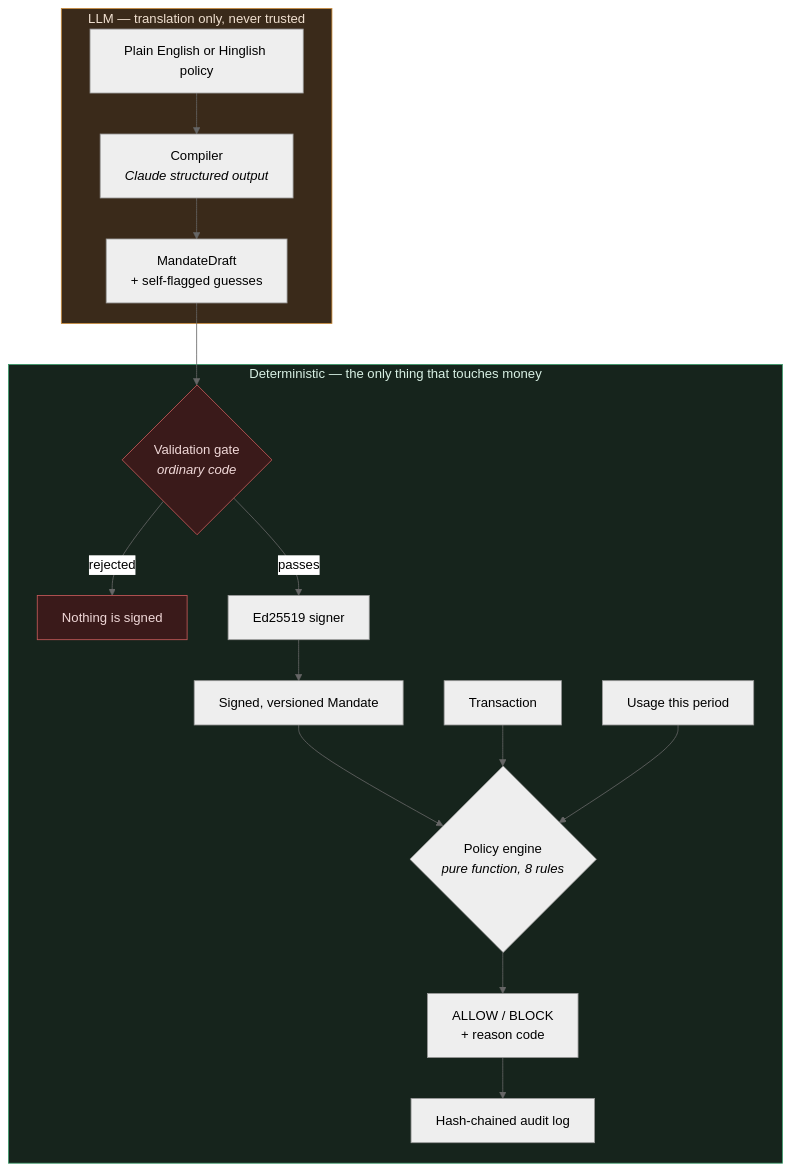
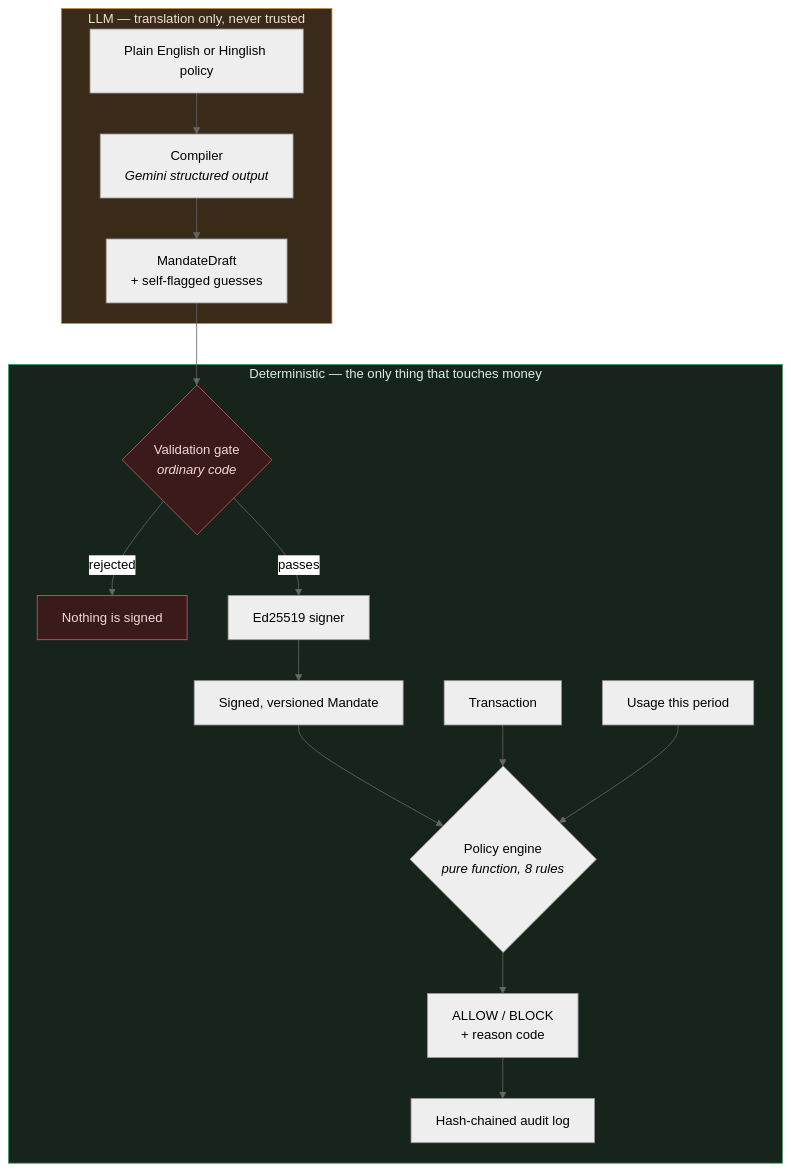
Before and after one commit to AneeshPK7/Mandate-Compiler-Razorpay-AI-Buildathon-2026: the first of 2 diagrams in README.md, drawn with Mermaid (neutral theme). The commit also changed other lines of this file and 8 other files, not shown here.

First line of the commit message:
Switch the compiler from Anthropic to Gemini's free tier

````diff
--- a/README.md
+++ b/README.md
@@ -44,25 +44,25 @@
 ```mermaid
 flowchart TB
     subgraph LLM ["LLM — translation only, never trusted"]
-        A["Plain English or Hinglish policy"] --> B["Compiler<br/><i>Claude structured output</i>"]
+        A["Plain English or Hinglish policy"] --> B["Compiler<br/><i>Gemini structured output</i>"]
         B --> C["MandateDraft<br/>+ self-flagged guesses"]
     end
 
     C --> D{"Validation gate<br/><i>ordinary code</i>"}
 
     subgraph DET ["Deterministic — the only thing that touches money"]
         D -->|rejected| E["Nothing is signed"]
         D -->|passes| F["Ed25519 signer"]
         F --> G["Signed, versioned Mandate"]
         G --> H{"Policy engine<br/><i>pure function, 8 rules</i>"}
         I["Transaction"] --> H
         J["Usage this period"] --> H
         H --> K["ALLOW / BLOCK<br/>+ reason code"]
         K --> L["Hash-chained audit log"]
     end
 
     style LLM fill:#3a2a1a,stroke:#c88a3a,color:#f0e0d0
     style DET fill:#16241c,stroke:#3a9a6a,color:#d8f0e4
     style D fill:#3a1a1a,stroke:#c85a5a,color:#f0d8d8
     style E fill:#3a1a1a,stroke:#c85a5a,color:#f0d8d8
 ```
````
